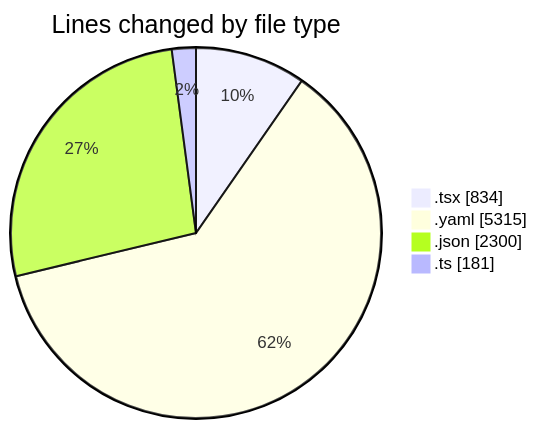
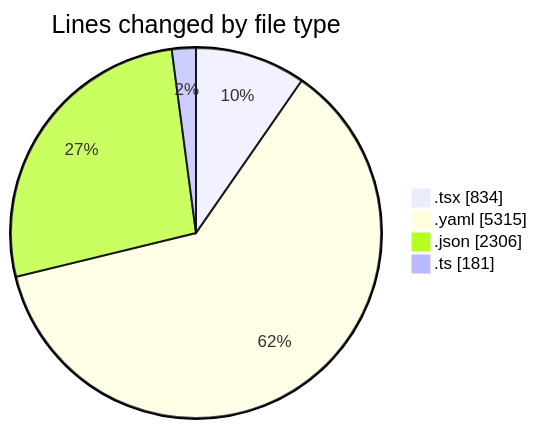
One commit to julien-gomy/code-tracking changed the first of 2 diagrams in 2025-11-07/eventscop-frontend-guide__workspace_/README.md. Above: the diagram before and after it, drawn with Mermaid. The commit also changed other lines of this file and 1 other file, not shown here.

````diff
--- a/2025-11-07/eventscop-frontend-guide__workspace_/README.md
+++ b/2025-11-07/eventscop-frontend-guide__workspace_/README.md
@@ -35,8 +35,8 @@
 ```mermaid
 pie showData
 title Lines changed by file type
 ".tsx" : 834
 ".yaml" : 5315
-".json" : 2300
+".json" : 2306
 ".ts" : 181
 ```
````
